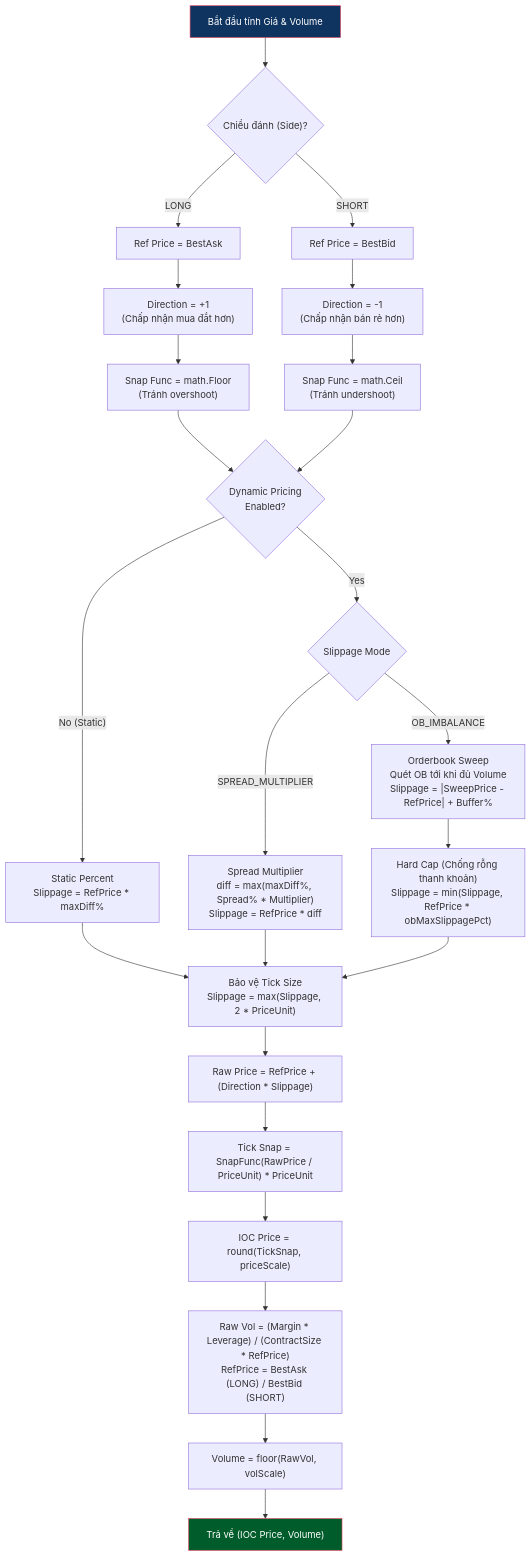
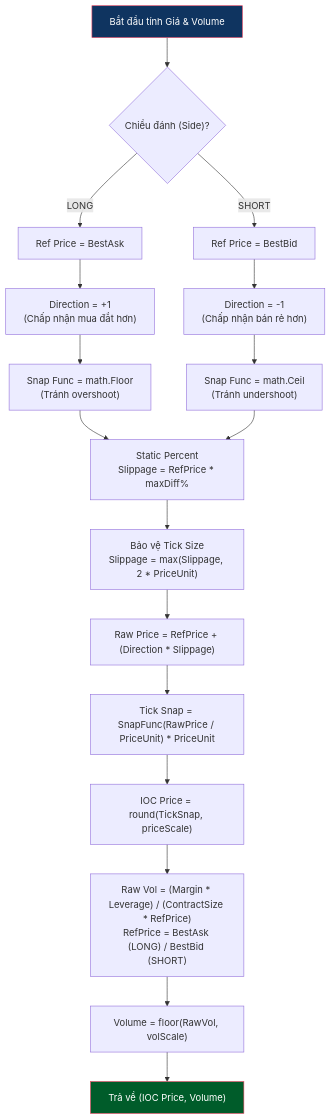
The first of 2 diagrams in docs/business/funding/price_flow.md (dangnmh/crypto-bot), drawn with Mermaid before and after one commit. The commit also changed other lines of this file and 122 other files, not shown here.

````diff
--- a/docs/business/funding/price_flow.md
+++ b/docs/business/funding/price_flow.md
@@ -11,43 +11,29 @@
 ```mermaid
 flowchart TD
     START["Bắt đầu tính Giá & Volume"] --> CHECK_SIDE{"Chiều đánh (Side)?"}
     
     CHECK_SIDE -- "LONG" --> L1["Ref Price = BestAsk"]
     L1 --> L2["Direction = +1<br/>(Chấp nhận mua đắt hơn)"]
     L2 --> L3["Snap Func = math.Floor<br/>(Tránh overshoot)"]
     
     CHECK_SIDE -- "SHORT" --> S1["Ref Price = BestBid"]
     S1 --> S2["Direction = -1<br/>(Chấp nhận bán rẻ hơn)"]
     S2 --> S3["Snap Func = math.Ceil<br/>(Tránh undershoot)"]
     
-    L3 --> DYN_CHECK
-    S3 --> DYN_CHECK
+    L3 --> STATIC_SLIP
+    S3 --> STATIC_SLIP
     
-    DYN_CHECK{"Dynamic Pricing<br/>Enabled?"}
-    
-    DYN_CHECK -- "No (Static)" --> STATIC_SLIP["Static Percent<br/>Slippage = RefPrice * maxDiff%"]
-    
-    DYN_CHECK -- "Yes" --> DYN_MODE{"Slippage Mode"}
-    
-    DYN_MODE -- "SPREAD_MULTIPLIER" --> DYN_SPREAD["Spread Multiplier<br/>diff = max(maxDiff%, Spread% * Multiplier)<br/>Slippage = RefPrice * diff"]
-    
-    DYN_MODE -- "OB_IMBALANCE" --> DYN_OB["Orderbook Sweep<br/>Quét OB tới khi đủ Volume<br/>Slippage = |SweepPrice - RefPrice| + Buffer%"]
-    
-    DYN_OB --> HARD_CAP["Hard Cap (Chống rỗng thanh khoản)<br/>Slippage = min(Slippage, RefPrice * obMaxSlippagePct)"]
-    
-    STATIC_SLIP --> MIN_TICK
-    DYN_SPREAD --> MIN_TICK
-    HARD_CAP --> MIN_TICK
+    STATIC_SLIP["Static Percent<br/>Slippage = RefPrice * maxDiff%"] --> MIN_TICK
     
     MIN_TICK["Bảo vệ Tick Size<br/>Slippage = max(Slippage, 2 * PriceUnit)"] --> CALC_RAW
     
     CALC_RAW["Raw Price = RefPrice + (Direction * Slippage)"] --> SNAP
     SNAP["Tick Snap = SnapFunc(RawPrice / PriceUnit) * PriceUnit"] --> ROUND_PRICE
     ROUND_PRICE["IOC Price = round(TickSnap, priceScale)"] --> CALC_VOL
     
     CALC_VOL["Raw Vol = (Margin * Leverage) / (ContractSize * RefPrice)<br/>RefPrice = BestAsk (LONG) / BestBid (SHORT)"] --> ROUND_VOL
     ROUND_VOL["Volume = floor(RawVol, volScale)"] --> DONE["Trả về (IOC Price, Volume)"]
 
     style START fill:#0f3460,stroke:#e94560,color:#fff
     style DONE fill:#005c2a,stroke:#e94560,color:#fff
 ```
````
